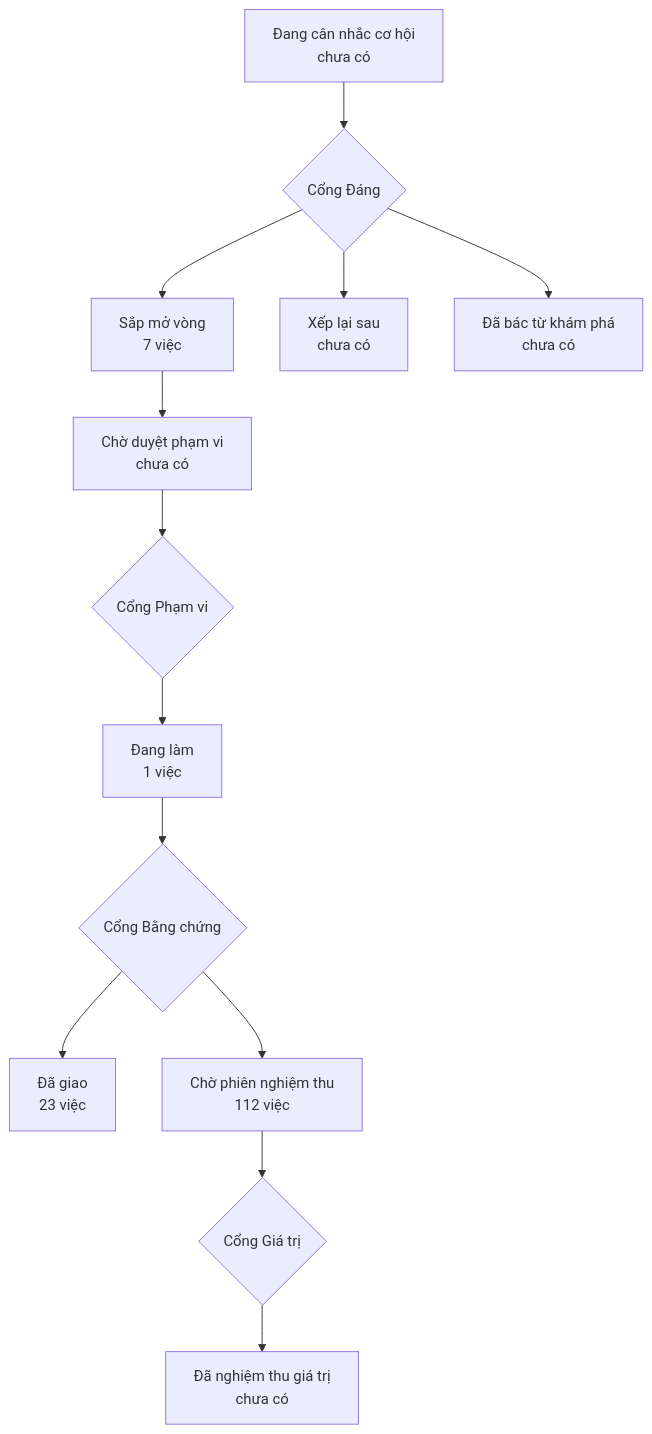
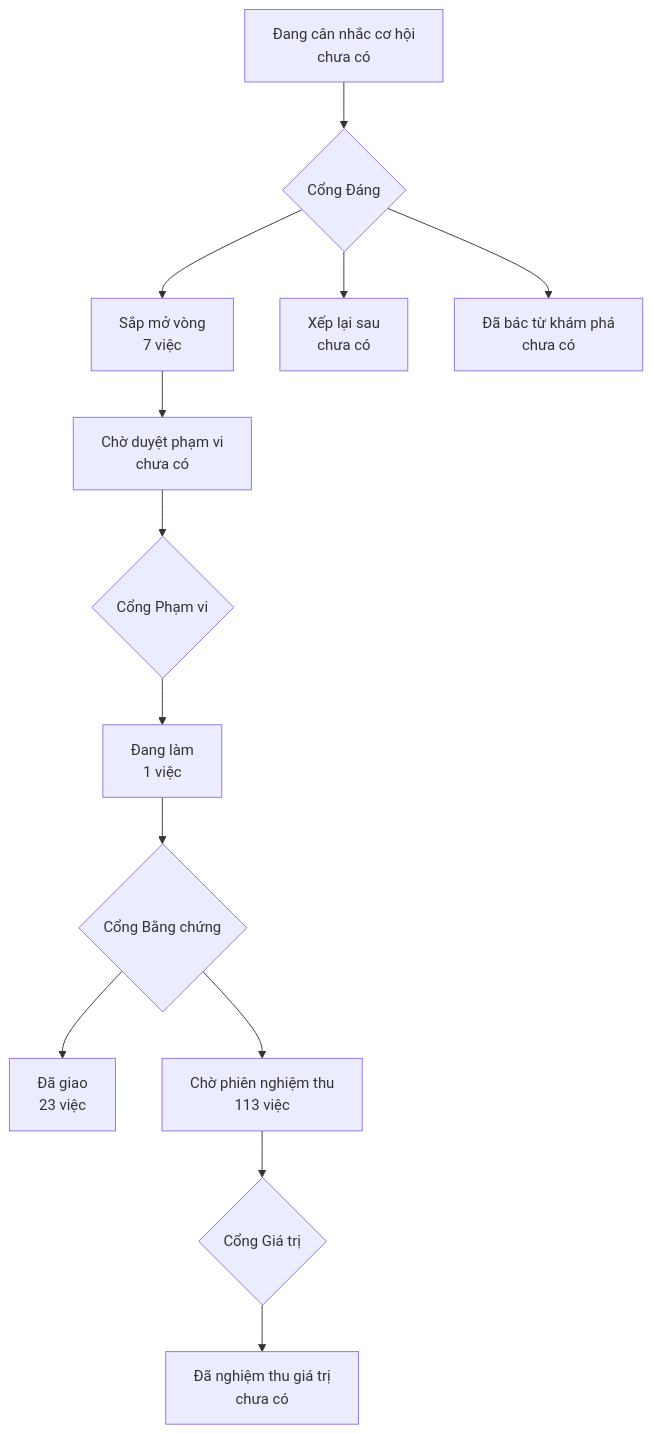
The diagram in PRODUCT-MAP.md (phanlemanh/onehub-quy-hang), drawn with Mermaid before and after one commit. The commit also changed other lines of this file and 1 other file, not shown here.

Commit message:
chore: vẽ lại bản đồ sau khi gộp nhánh chính

````diff
--- a/PRODUCT-MAP.md
+++ b/PRODUCT-MAP.md
@@ -7,12 +7,12 @@
 ```mermaid
 flowchart TD
   A["Đang cân nhắc cơ hội<br/>chưa có"] --> GD{"Cổng Đáng"}
   GD --> B["Sắp mở vòng<br/>7 việc"]
   GD --> XL["Xếp lại sau<br/>chưa có"]
   GD --> DB["Đã bác từ khám phá<br/>chưa có"]
   B --> CD["Chờ duyệt phạm vi<br/>chưa có"] --> GP{"Cổng Phạm vi"}
   GP --> DL["Đang làm<br/>1 việc"] --> GB{"Cổng Bằng chứng"}
   GB --> DG["Đã giao<br/>23 việc"]
-  GB --> CN["Chờ phiên nghiệm thu<br/>112 việc"] --> GG{"Cổng Giá trị"}
+  GB --> CN["Chờ phiên nghiệm thu<br/>113 việc"] --> GG{"Cổng Giá trị"}
   GG --> NT["Đã nghiệm thu giá trị<br/>chưa có"]
 ```
````
